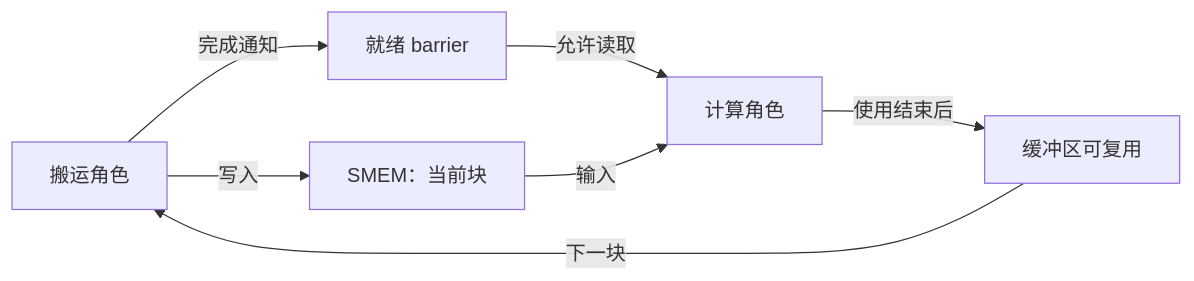
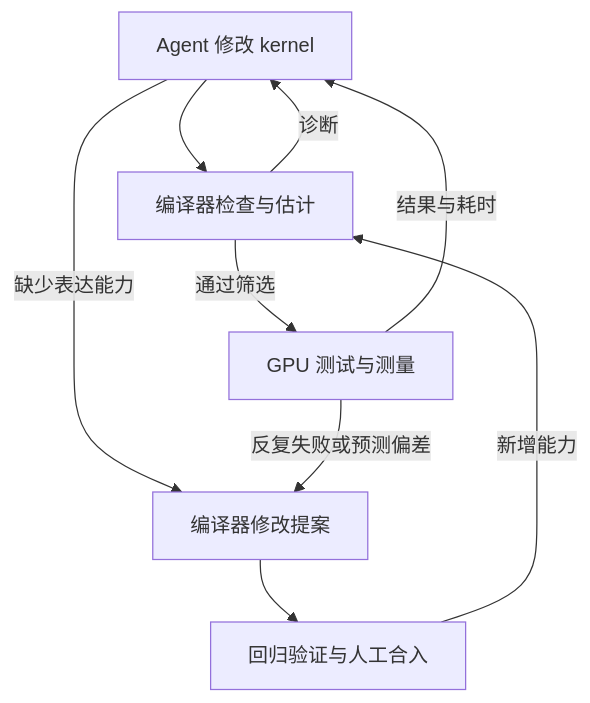
Before and after one commit to 0xkoa1a/AI-Infra-Notes: the first of 2 diagrams in notes/compiler/CAKE.md, drawn with Mermaid. The commit also changed other lines of this file, not shown here.

Commit message:
docs: clarify CAKE kernel and compiler co-design

````diff
--- a/notes/compiler/CAKE.md
+++ b/notes/compiler/CAKE.md
@@ -53,9 +31,11 @@
 ```mermaid
-flowchart LR
-    A["搬运角色"] -->|写入| B["SMEM：当前块"]
-    A -->|完成通知| E["就绪 barrier"]
-    E -->|允许读取| C["计算角色"]
-    B -->|输入| C
-    C -->|使用结束后| D["缓冲区可复用"]
-    D -->|下一块| A
+flowchart TB
+    K["Agent 修改 kernel"] --> C["编译器检查与估计"]
+    C -->|通过筛选| G["GPU 测试与测量"]
+    C -->|诊断| K
+    G -->|结果与耗时| K
+    K -->|缺少表达能力| P["编译器修改提案"]
+    G -->|反复失败或预测偏差| P
+    P --> R["回归验证与人工合入"]
+    R -->|新增能力| C
 ```
````
